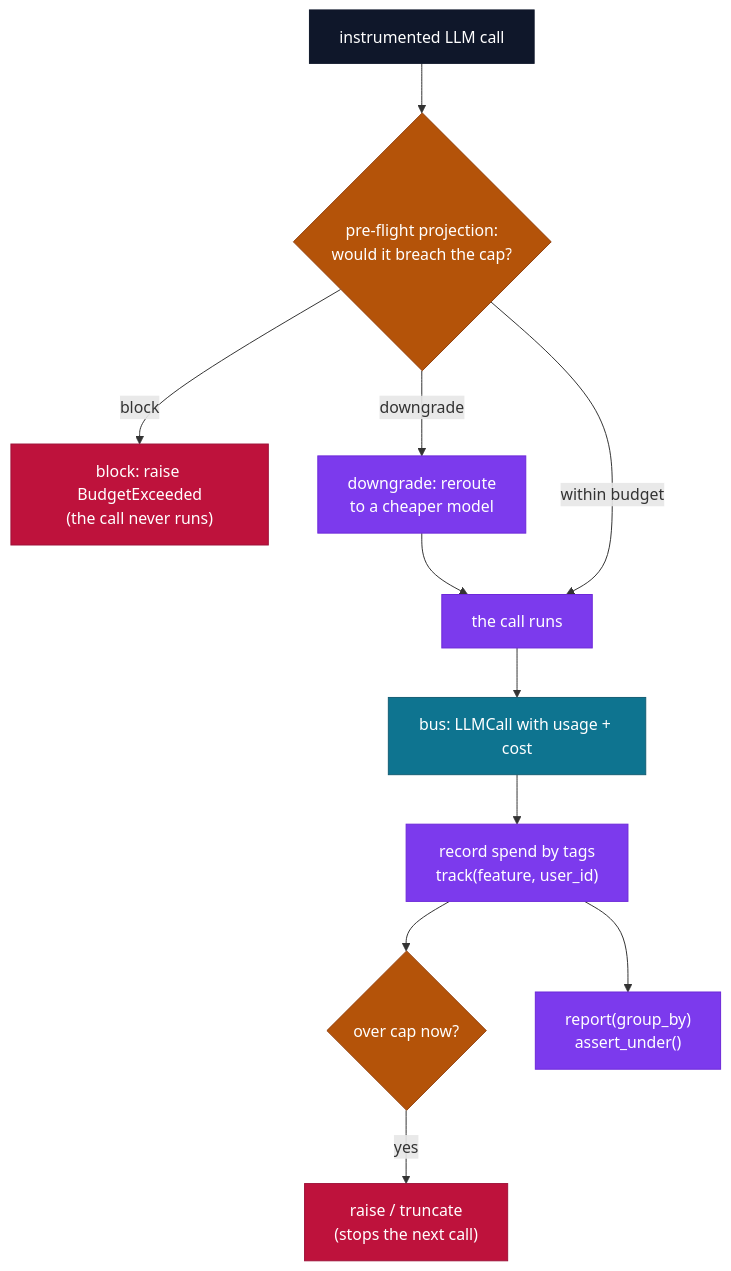
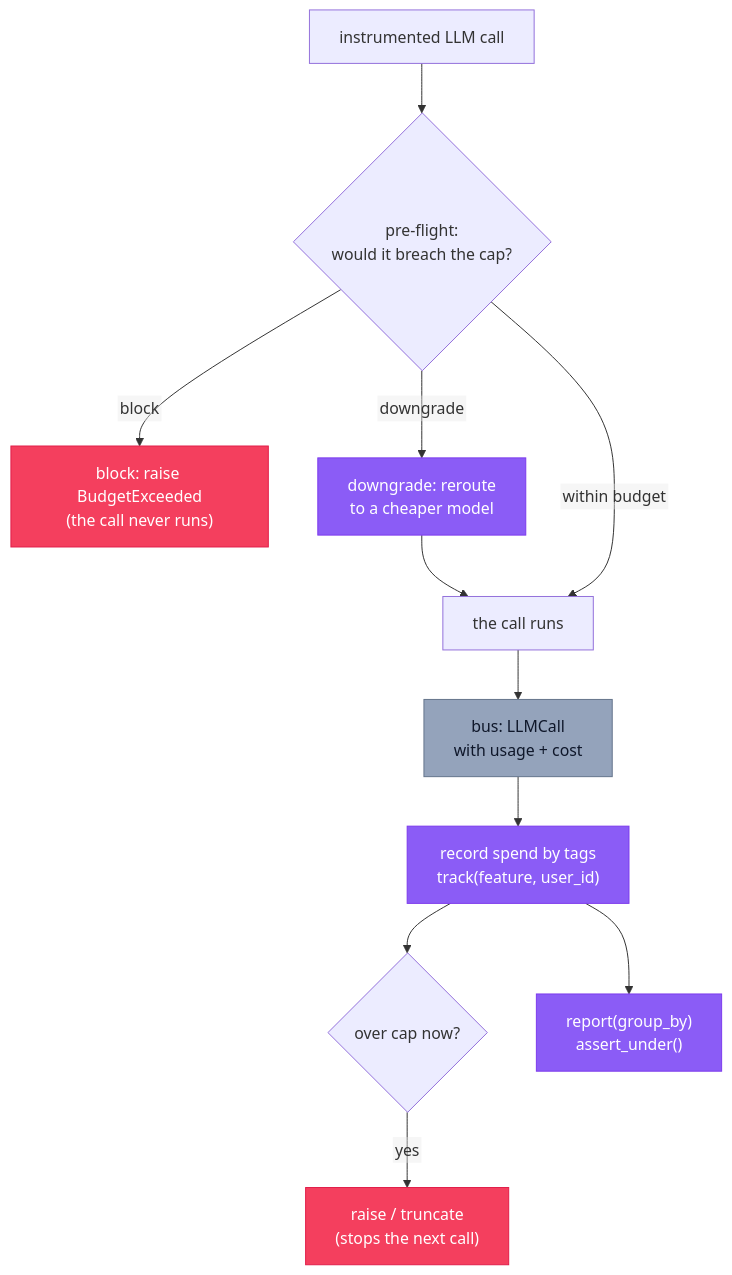
Before and after one commit to cendorhq/cendor-libs: the diagram in docs/tokenguard.md, drawn with Mermaid. The commit also changed other lines of this file and 14 other files, not shown here.

````diff
--- a/docs/tokenguard.md
+++ b/docs/tokenguard.md
@@ -125,36 +148,29 @@
 ```mermaid
+%%{init: {"flowchart": {"htmlLabels": false}} }%%
 graph TD
     CALL["instrumented LLM call"]
-    PRE{"pre-flight projection:<br/>would it breach the cap?"}
+    PRE{"pre-flight:<br/>would it breach the cap?"}
     BLOCK["block: raise BudgetExceeded<br/>(the call never runs)"]
     DOWN["downgrade: reroute<br/>to a cheaper model"]
     RUN["the call runs"]
-    BUS["bus: LLMCall with usage + cost"]
+    BUS["bus: LLMCall<br/>with usage + cost"]
     REC["record spend by tags<br/>track(feature, user_id)"]
     POST{"over cap now?"}
     STOP["raise / truncate<br/>(stops the next call)"]
     REP["report(group_by)<br/>assert_under()"]
 
     CALL --> PRE
-    PRE -->|"block"| BLOCK
-    PRE -->|"downgrade"| DOWN
-    DOWN --> RUN
+    PRE -->|block| BLOCK
+    PRE -->|downgrade| DOWN --> RUN
     PRE -->|"within budget"| RUN
-    RUN --> BUS
-    BUS --> REC
-    REC --> POST
+    RUN --> BUS --> REC --> POST
     POST -->|yes| STOP
     REC --> REP
 
-    classDef step fill:#0f172a,stroke:#0f172a,color:#ffffff;
-    classDef dec fill:#b45309,stroke:#92400e,color:#ffffff;
-    classDef tg fill:#7c3aed,stroke:#6d28d9,color:#ffffff;
-    classDef core fill:#0e7490,stroke:#155e75,color:#ffffff;
-    classDef stop fill:#be123c,stroke:#9f1239,color:#ffffff;
-
-    class CALL step;
-    class PRE,POST dec;
-    class DOWN,RUN,REC,REP tg;
-    class BUS core;
+    classDef tg fill:#8B5CF6,color:#ffffff,stroke:#7C3AED;
+    classDef co fill:#94A3BB,color:#0F172A,stroke:#64748B;
+    classDef stop fill:#F43F5E,color:#ffffff,stroke:#E11D48;
+    class DOWN,REC,REP tg;
+    class BUS co;
     class BLOCK,STOP stop;
 ```
````
